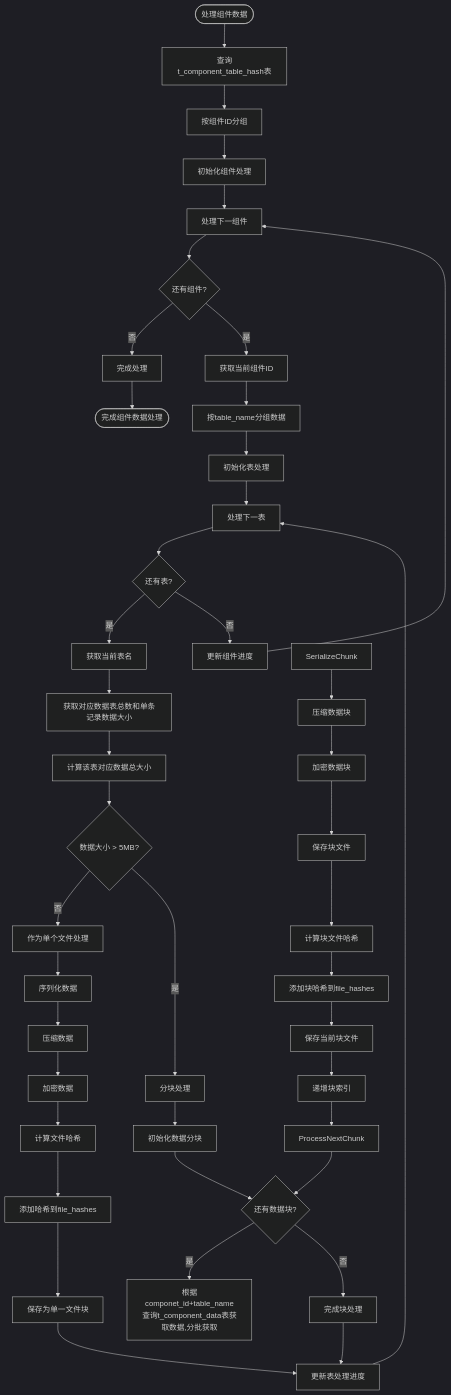
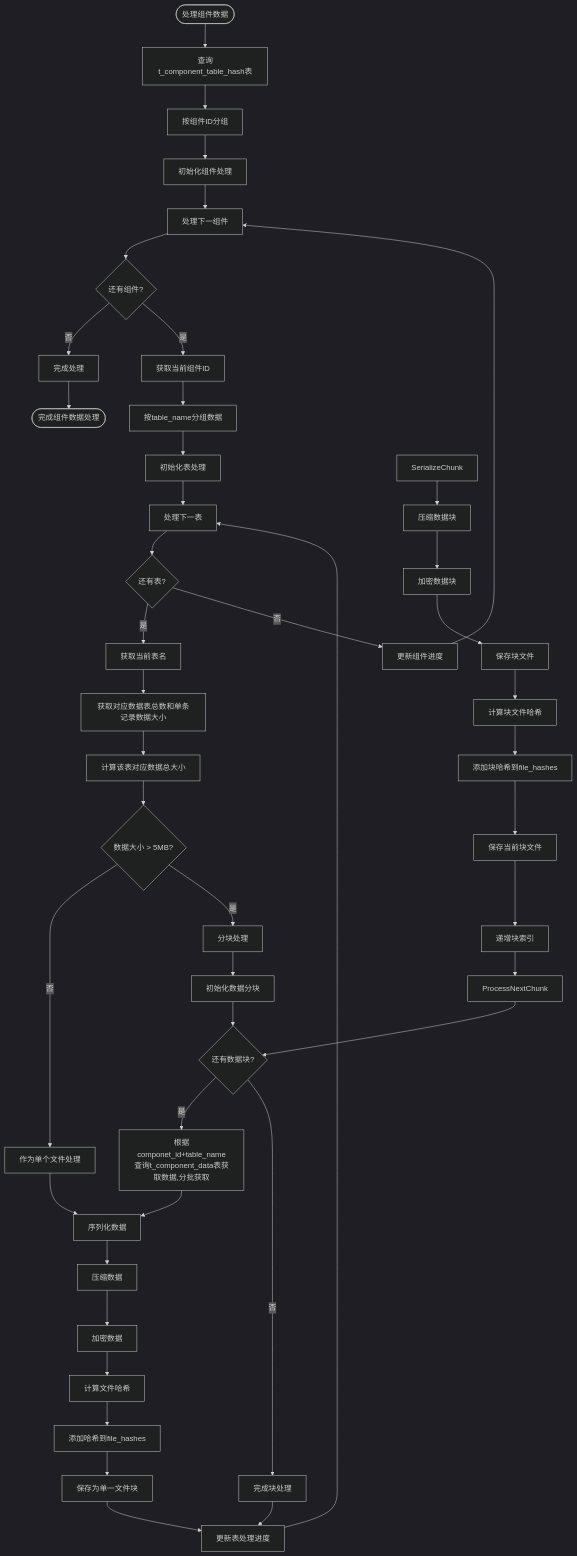
Before and after one commit to yingjianzh/iodraw-files: the diagram in all/未命名-56.md, drawn with Mermaid (dark theme).

Commit message:
2025-05-12 14:49:43 update

````diff
--- a/all/未命名-56.md
+++ b/all/未命名-56.md
@@ -1,62 +1,63 @@
 ```mermaid
 
 flowchart TD
     Start([处理组件数据]) --> QueryDB[查询t_component_table_hash表]
     QueryDB --> GroupByComp[按组件ID分组]
     GroupByComp --> InitCompProcess[初始化组件处理]
     
     InitCompProcess --> ProcessNextComp[处理下一组件]
     ProcessNextComp --> MoreComps{还有组件?}
     MoreComps -->|否| CompleteProcess[完成处理]
     MoreComps -->|是| GetCompID[获取当前组件ID]
     
     GetCompID --> GroupByTable[按table_name分组数据]
     GroupByTable --> InitTableProcess[初始化表处理]
     
     InitTableProcess --> ProcessNextTable[处理下一表]
     ProcessNextTable --> MoreTables{还有表?}
 
     MoreTables -->|是| GetTableName[获取当前表名]
     MoreTables -->|否| UpdateCompProgress[更新组件进度]
     
     UpdateCompProgress --> ProcessNextComp
     
     GetTableName --> CheckDataSize[获取对应数据表总数和单条记录数据大小]
     CheckDataSize --> TotalSize[计算该表对应数据总大小]
 
     TotalSize --> DataSize{数据大小 > 5MB?}
    
     DataSize -->|否| ProcessSingleFile[作为单个文件处理]
     DataSize -->|是| ProcessMultipleChunks[分块处理]
 
     ProcessMultipleChunks --> InitChunks[初始化数据分块]
     InitChunks --> MoreChunks{还有数据块?}
     MoreChunks -->|是| QueryTableData[根据componet_id+table_name查询t_component_data表获取数据,分批获取]
     
-    QueryTableData
+    QueryTableData --> SerializeData
+    
     ProcessSingleFile --> SerializeData[序列化数据]
     SerializeData --> CompressData[压缩数据]
     CompressData --> EncryptData[加密数据]
     EncryptData --> CalcFileHash[计算文件哈希]
     CalcFileHash --> AddToFileHashes[添加哈希到file_hashes]
     AddToFileHashes --> SaveSingleFile[保存为单一文件块]
     SaveSingleFile --> UpdateTableProgress[更新表处理进度]
     
     ProcessNextChunk --> MoreChunks{还有数据块?}
     MoreChunks -->|否| CompleteChunks[完成块处理]
 
     SerializeChunk --> CompressChunk[压缩数据块]
     CompressChunk --> EncryptChunk[加密数据块]
     EncryptChunk --> SaveChunkFile[保存块文件]
     SaveChunkFile --> CalcChunkHash[计算块文件哈希]
     CalcChunkHash --> AddChunkHash[添加块哈希到file_hashes]
     AddChunkHash --> SaveCurrentData[保存当前块文件]
     SaveCurrentData --> IncrementChunkIndex[递增块索引]
     IncrementChunkIndex --> ProcessNextChunk
     
     CompleteChunks --> UpdateTableProgress
     UpdateTableProgress --> ProcessNextTable
     
     CompleteProcess --> End([完成组件数据处理])
 
 ```
````
